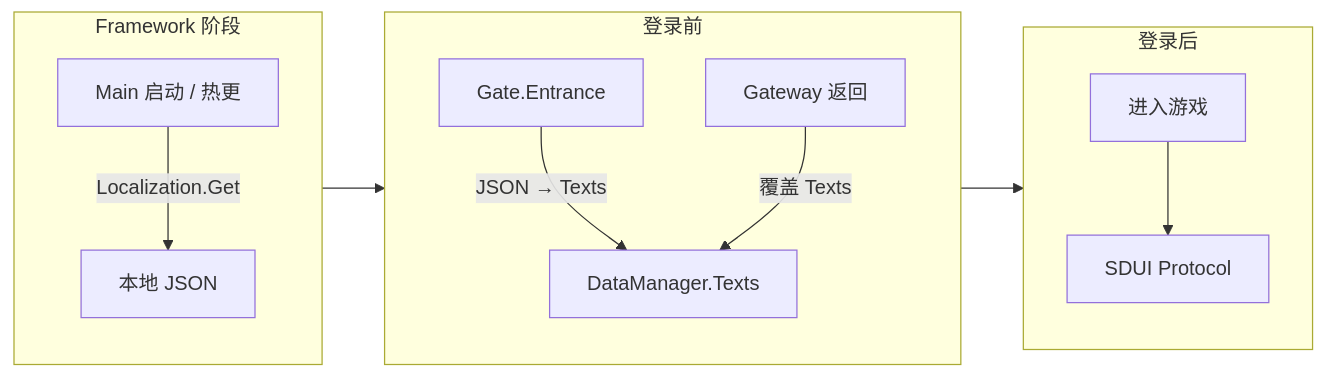
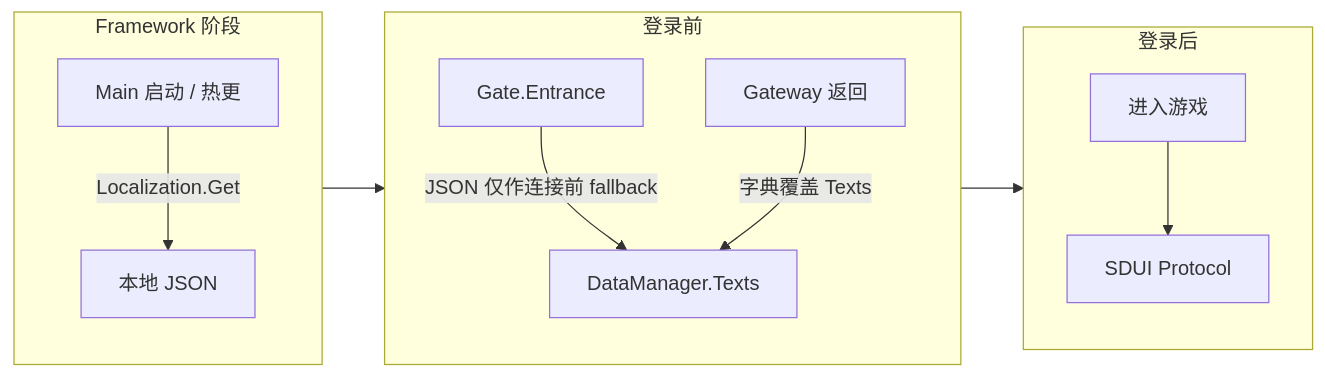
The diagram in Documents/System/多语言系统.md (zlex001/LOA-Client), drawn with Mermaid before and after one commit. The commit also changed other lines of this file, not shown here.

````diff
--- a/Documents/System/多语言系统.md
+++ b/Documents/System/多语言系统.md
@@ -5,14 +9,14 @@
 ```mermaid
 flowchart LR
   subgraph aot [Framework 阶段]
     A1[Main 启动 / 热更] -->|Localization.Get| A2[本地 JSON]
   end
   subgraph pre [登录前]
-    B1[Gate.Entrance] -->|JSON → Texts| B2[DataManager.Texts]
-    B3[Gateway 返回] -->|覆盖 Texts| B2
+    B1[Gate.Entrance] -->|JSON 仅作连接前 fallback| B2[DataManager.Texts]
+    B3[Gateway 返回] -->|字典覆盖 Texts| B2
   end
   subgraph post [登录后]
     C1[进入游戏] --> C2[SDUI Protocol]
   end
   aot --> pre --> post
 ```
````
